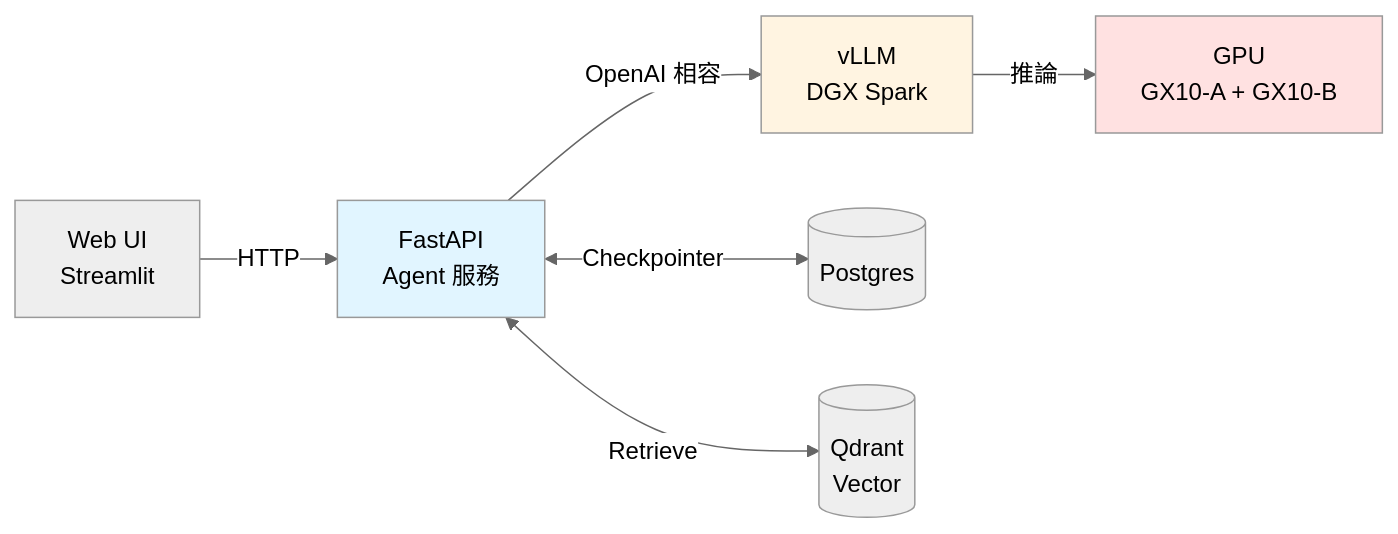
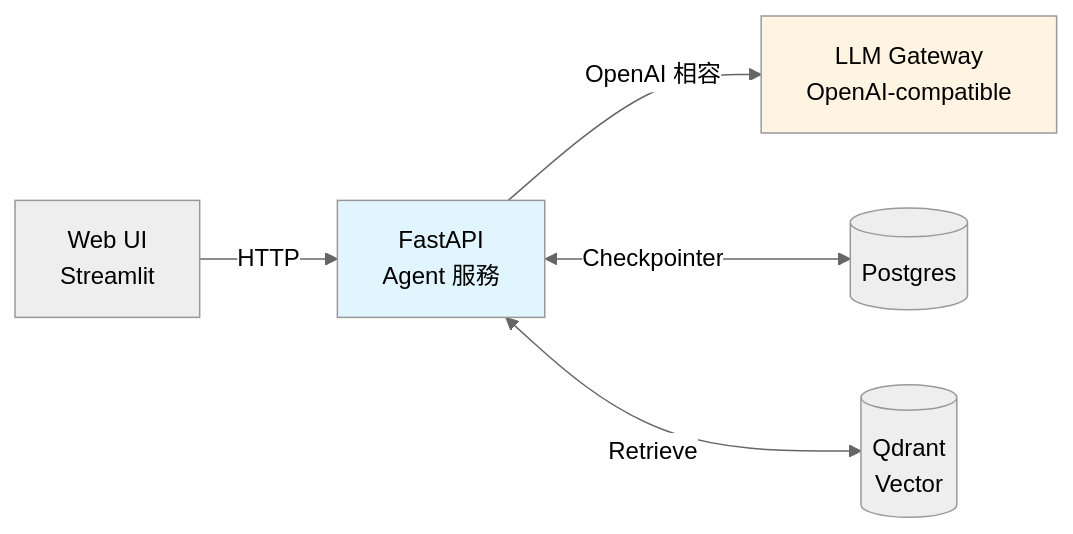
Before and after one commit to QIANPRO-Technology/QIANPRO-wiki: the diagram in minimal-docs-site/docs/ai-agents/10-production/deployment.md, drawn with Mermaid (neutral theme). The commit also changed other lines of this file and 26 other files, not shown here.

First line of the commit message:
docs(ai-agents): 下架 vLLM on DGX Spark 與 LangSmith 章節

````diff
--- a/minimal-docs-site/docs/ai-agents/10-production/deployment.md
+++ b/minimal-docs-site/docs/ai-agents/10-production/deployment.md
@@ -86,11 +86,9 @@
 ```mermaid
 flowchart LR
     U[Web UI<br/>Streamlit] -->|HTTP| API[FastAPI<br/>Agent 服務]
-    API -->|OpenAI 相容| V[vLLM<br/>DGX Spark]
+    API -->|OpenAI 相容| LLM[LLM Gateway<br/>OpenAI-compatible]
     API <-->|Checkpointer| P[(Postgres)]
     API <-->|Retrieve| Q[(Qdrant<br/>Vector)]
-    V -->|推論| G[GPU<br/>GX10-A + GX10-B]
-    style V fill:#fff4e1
-    style G fill:#ffe1e1
+    style LLM fill:#fff4e1
     style API fill:#e1f5ff
 ```
````
